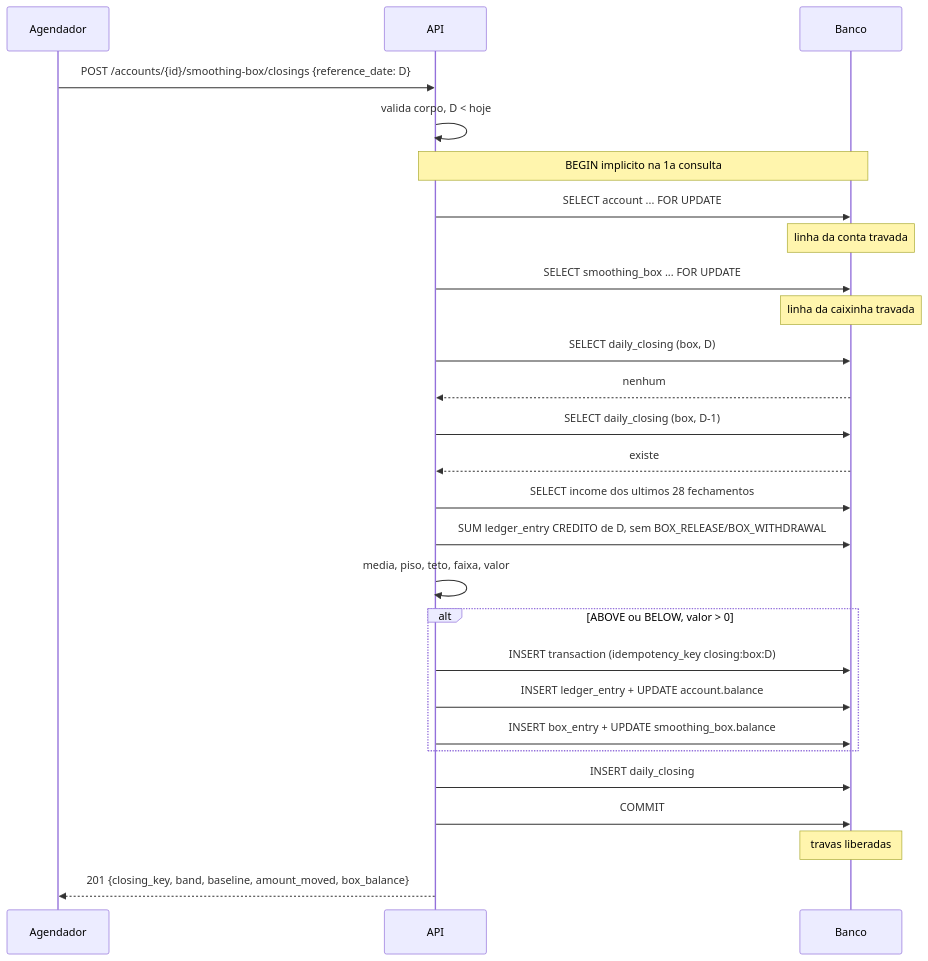
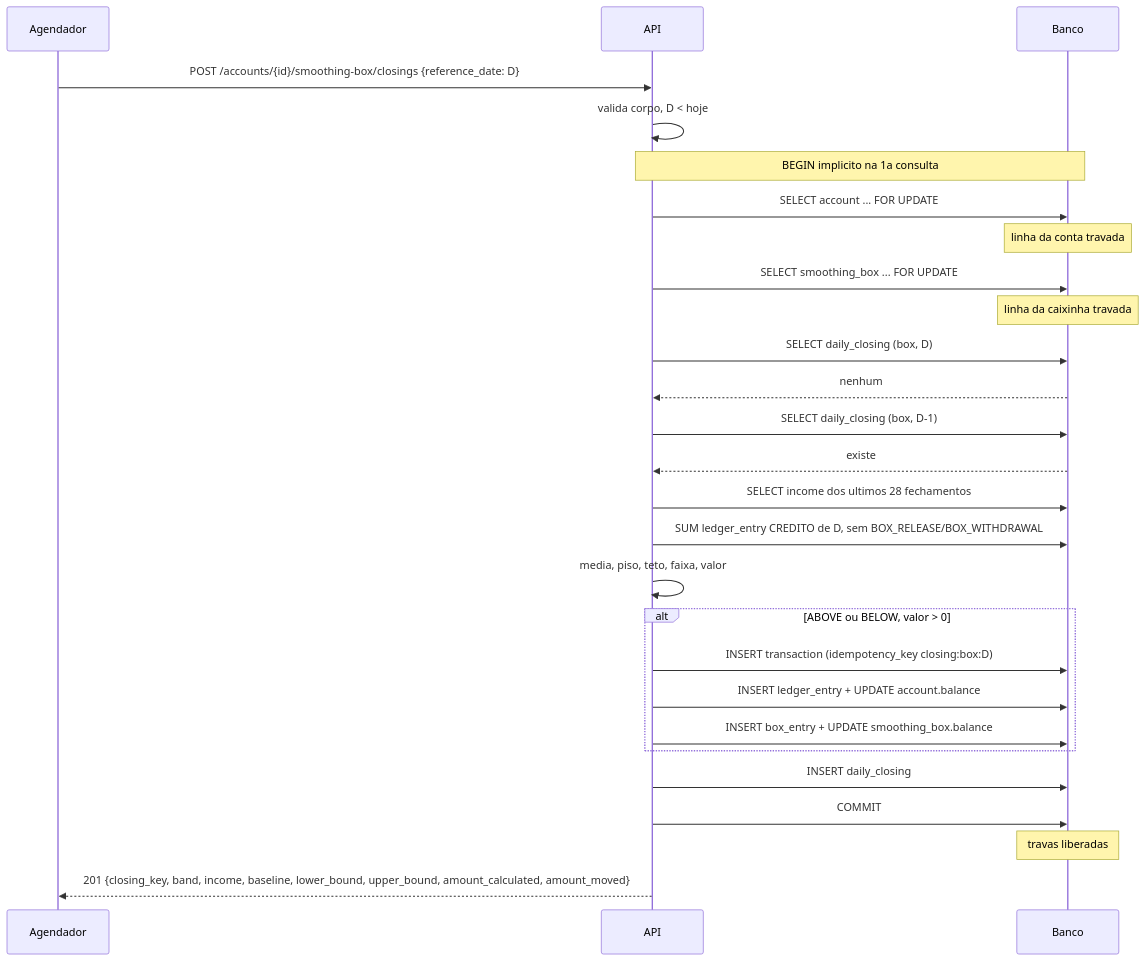
The tenth of 10 diagrams in bootcamp-rfc-modelo.md (fernandobvm/bootcamp-qi-26-bankrepo), drawn with Mermaid before and after one commit. The commit also changed other lines of this file and 36 other files, not shown here.

````diff
--- a/bootcamp-rfc-modelo.md
+++ b/bootcamp-rfc-modelo.md
@@ -391,29 +391,29 @@
 ```mermaid
 sequenceDiagram
     participant Ag as Agendador
     participant API
     participant DB as Banco
     Ag->>API: POST /accounts/{id}/smoothing-box/closings {reference_date: D}
     API->>API: valida corpo, D < hoje
     Note over API,DB: BEGIN implicito na 1a consulta
     API->>DB: SELECT account ... FOR UPDATE
     Note over DB: linha da conta travada
     API->>DB: SELECT smoothing_box ... FOR UPDATE
     Note over DB: linha da caixinha travada
     API->>DB: SELECT daily_closing (box, D)
     DB-->>API: nenhum
     API->>DB: SELECT daily_closing (box, D-1)
     DB-->>API: existe
     API->>DB: SELECT income dos ultimos 28 fechamentos
     API->>DB: SUM ledger_entry CREDITO de D, sem BOX_RELEASE/BOX_WITHDRAWAL
     API->>API: media, piso, teto, faixa, valor
     alt ABOVE ou BELOW, valor > 0
         API->>DB: INSERT transaction (idempotency_key closing:box:D)
         API->>DB: INSERT ledger_entry + UPDATE account.balance
         API->>DB: INSERT box_entry + UPDATE smoothing_box.balance
     end
     API->>DB: INSERT daily_closing
     API->>DB: COMMIT
     Note over DB: travas liberadas
-    API-->>Ag: 201 {closing_key, band, baseline, amount_moved, box_balance}
+    API-->>Ag: 201 {closing_key, band, income, baseline, lower_bound, upper_bound, amount_calculated, amount_moved}
 ```
````
